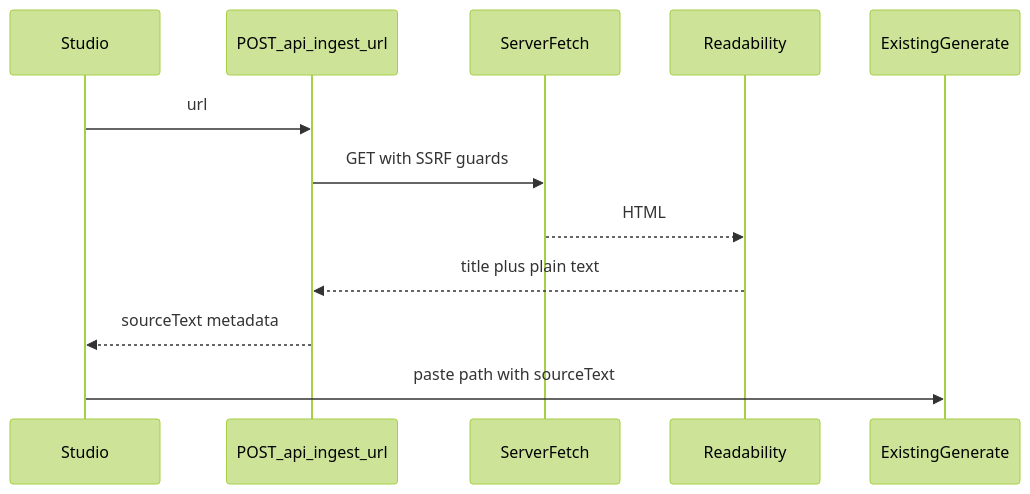
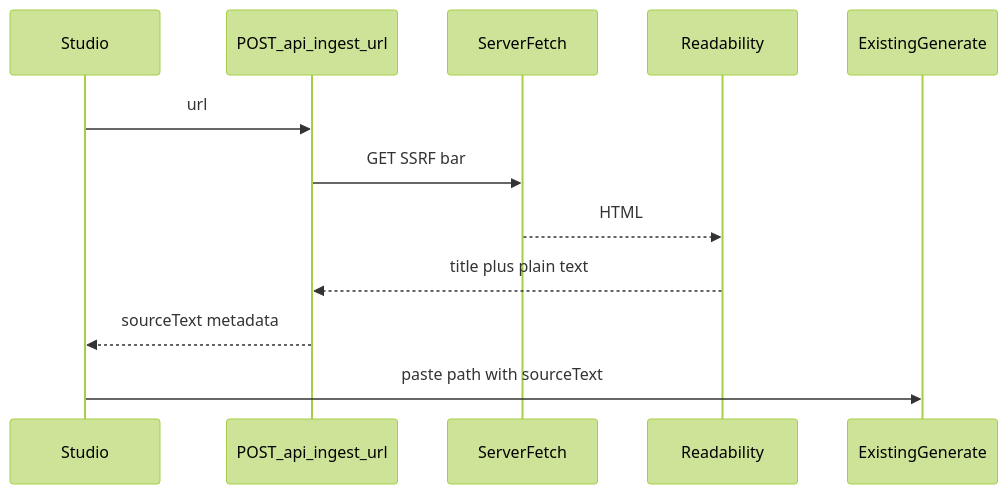
One commit to philipwpillar/RepurposeOne changed the second of 2 diagrams in .cursor/plans/wave_3_then_app_store_ee273a27.plan.md. Above: the diagram before and after it, drawn with Mermaid (forest theme). The commit also changed other lines of this file and 3 other files, not shown here.

````diff
--- a/.cursor/plans/wave_3_then_app_store_ee273a27.plan.md
+++ b/.cursor/plans/wave_3_then_app_store_ee273a27.plan.md
@@ -77,15 +103,15 @@
 ```mermaid
 sequenceDiagram
   participant Studio
   participant Ingest as POST_api_ingest_url
   participant Fetch as ServerFetch
   participant Extract as Readability
   participant Gen as ExistingGenerate
 
   Studio->>Ingest: url
-  Ingest->>Fetch: GET with SSRF guards
+  Ingest->>Fetch: GET SSRF bar
   Fetch-->>Extract: HTML
   Extract-->>Ingest: title plus plain text
   Ingest-->>Studio: sourceText metadata
   Studio->>Gen: paste path with sourceText
 ```
````
